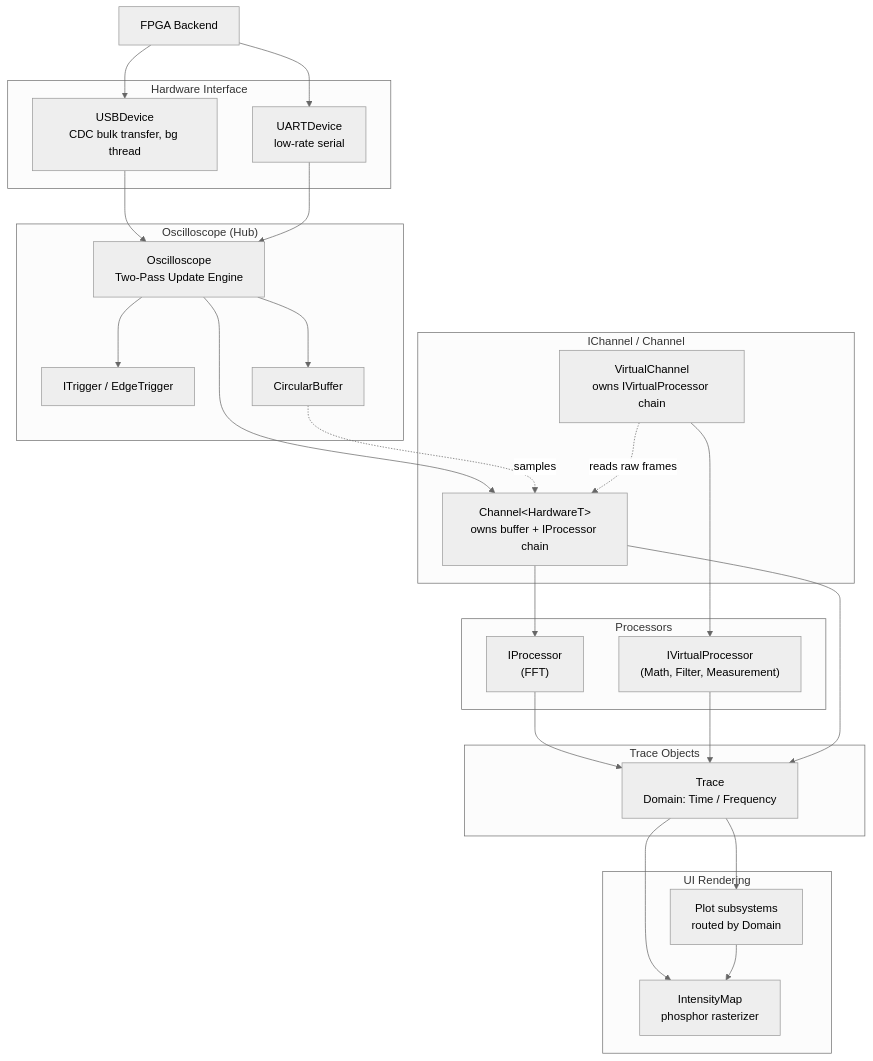
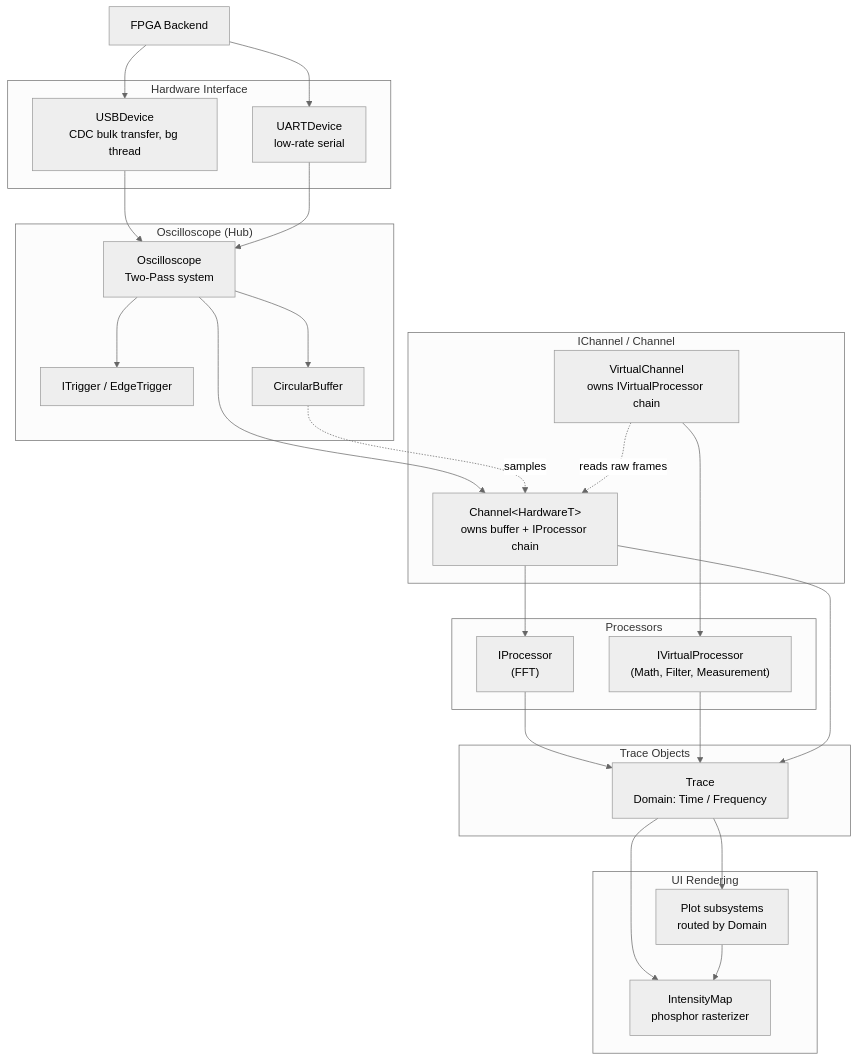
The first of 2 diagrams in docs/ARCHITECTURE.md (wavius/Scoped), drawn with Mermaid (neutral theme) before and after one commit. The commit also changed other lines of this file and 1 other file, not shown here.

Commit message:
update architecture doc

````diff
--- a/docs/ARCHITECTURE.md
+++ b/docs/ARCHITECTURE.md
@@ -33,55 +10,55 @@
 ```mermaid
 flowchart TD
     HW[FPGA Backend]
 
     subgraph Interface ["Hardware Interface"]
         USB[USBDevice<br/>CDC bulk transfer, bg thread]
         UART[UARTDevice<br/>low-rate serial]
     end
 
     HW --> USB & UART
 
     subgraph Core ["Oscilloscope (Hub)"]
-        OSC[Oscilloscope<br/>Two-Pass Update Engine]
+        OSC[Oscilloscope<br/>Two-Pass system]
         TRG[ITrigger / EdgeTrigger]
         CB[CircularBuffer]
         OSC --> TRG
         OSC --> CB
     end
 
     USB & UART --> OSC
 
     subgraph Channels ["IChannel / Channel"]
         HC[Channel&lt;HardwareT&gt;<br/>owns buffer + IProcessor chain]
         VC[VirtualChannel<br/>owns IVirtualProcessor chain]
     end
 
     OSC --> HC
     CB -. samples .-> HC
     VC -. reads raw frames .-> HC
 
     subgraph Proc ["Processors"]
         IP["IProcessor<br/>(FFT)"]
         VP["IVirtualProcessor<br/>(Math, Filter, Measurement)"]
     end
 
     HC --> IP
     VC --> VP
 
     subgraph Traces ["Trace Objects"]
         TR[Trace<br/>Domain: Time / Frequency]
     end
 
     IP --> TR
     VP --> TR
     HC --> TR
 
     subgraph Render ["UI Rendering"]
         IM[IntensityMap<br/>phosphor rasterizer]
         PLT[Plot subsystems<br/>routed by Domain]
     end
 
     TR --> PLT
     TR --> IM
     PLT --> IM
 ```
````
